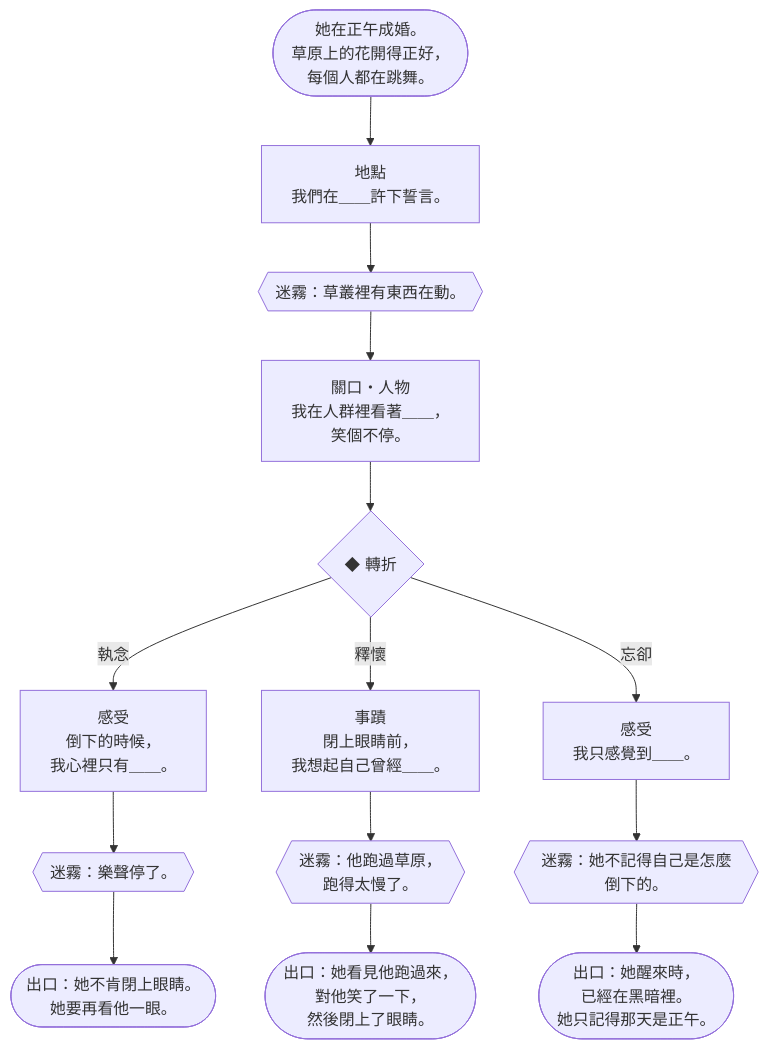
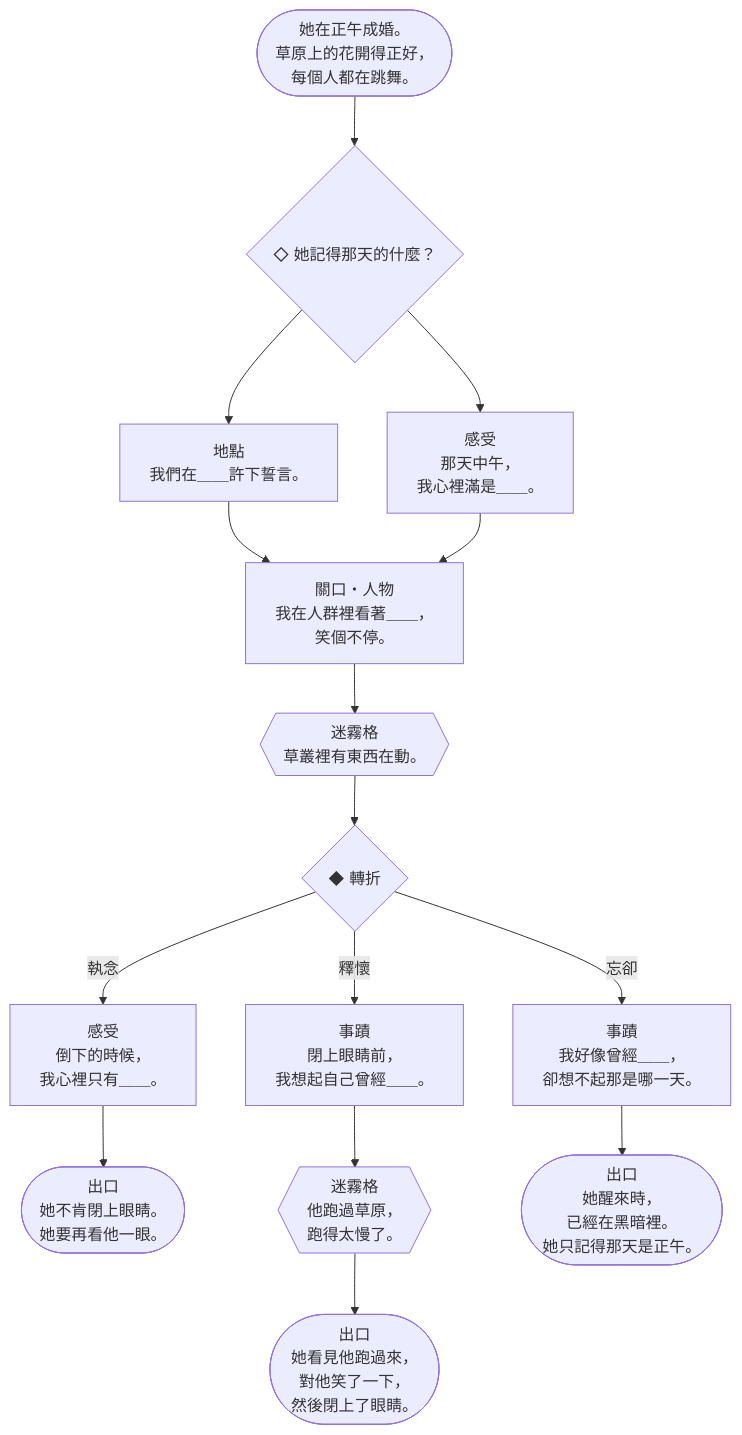
One commit to Ralph-Liu-Hub/Boardgame-Netherbloom changed the tenth of 15 diagrams in docs/design/V5-storybooks.zh-TW.md. Above: the diagram before and after it, drawn with Mermaid. The commit also changed other lines of this file, not shown here.

````diff
--- a/docs/design/V5-storybooks.zh-TW.md
+++ b/docs/design/V5-storybooks.zh-TW.md
@@ -640,9 +855,30 @@
 ```mermaid
 flowchart TD
-  c0E(["她在正午成婚。<br>草原上的花開得正好，<br>每個人都在跳舞。"]) --> c0A
-  c0A["地點<br>我們在＿＿許下誓言。"] --> c0M{{"迷霧：草叢裡有東西在動。"}}
-  c0M --> c0B["關口・人物<br>我在人群裡看著＿＿，<br>笑個不停。"] --> c0T{"◆ 轉折"}
-  c0T -- 執念 --> c0C0["感受<br>倒下的時候，<br>我心裡只有＿＿。"] --> c0X0{{"迷霧：樂聲停了。"}} --> c0O0(["出口：她不肯閉上眼睛。<br>她要再看他一眼。"])
-  c0T -- 釋懷 --> c0C1["事蹟<br>閉上眼睛前，<br>我想起自己曾經＿＿。"] --> c0X1{{"迷霧：他跑過草原，<br>跑得太慢了。"}} --> c0O1(["出口：她看見他跑過來，<br>對他笑了一下，<br>然後閉上了眼睛。"])
-  c0T -- 忘卻 --> c0C2["感受<br>我只感覺到＿＿。"] --> c0X2{{"迷霧：她不記得自己是怎麼倒下的。"}} --> c0O2(["出口：她醒來時，<br>已經在黑暗裡。<br>她只記得那天是正午。"])
+  c0E(["她在正午成婚。<br>草原上的花開得正好，<br>每個人都在跳舞。"]) --> c0p1
+  c0p1{"◇ 她記得那天的什麼？"}
+  c0p1 --> c0a1
+  c0p1 --> c0a2
+  c0a1["地點<br>我們在＿＿許下誓言。"]
+  c0a1 --> c0b
+  c0a2["感受<br>那天中午，<br>我心裡滿是＿＿。"]
+  c0a2 --> c0b
+  c0b["關口・人物<br>我在人群裡看著＿＿，<br>笑個不停。"]
+  c0b --> c0x1
+  c0x1{{"迷霧格<br>草叢裡有東西在動。"}}
+  c0x1 --> c0f
+  c0f{"◆ 轉折"}
+  c0f -- 執念 --> c0c1
+  c0f -- 釋懷 --> c0c2
+  c0f -- 忘卻 --> c0c3
+  c0c1["感受<br>倒下的時候，<br>我心裡只有＿＿。"]
+  c0c1 --> c0o1
+  c0c2["事蹟<br>閉上眼睛前，<br>我想起自己曾經＿＿。"]
+  c0c2 --> c0x2
+  c0x2{{"迷霧格<br>他跑過草原，<br>跑得太慢了。"}}
+  c0x2 --> c0o2
+  c0c3["事蹟<br>我好像曾經＿＿，<br>卻想不起那是哪一天。"]
+  c0c3 --> c0o3
+  c0o1(["出口<br>她不肯閉上眼睛。<br>她要再看他一眼。"])
+  c0o2(["出口<br>她看見他跑過來，<br>對他笑了一下，<br>然後閉上了眼睛。"])
+  c0o3(["出口<br>她醒來時，<br>已經在黑暗裡。<br>她只記得那天是正午。"])
 ```
````
